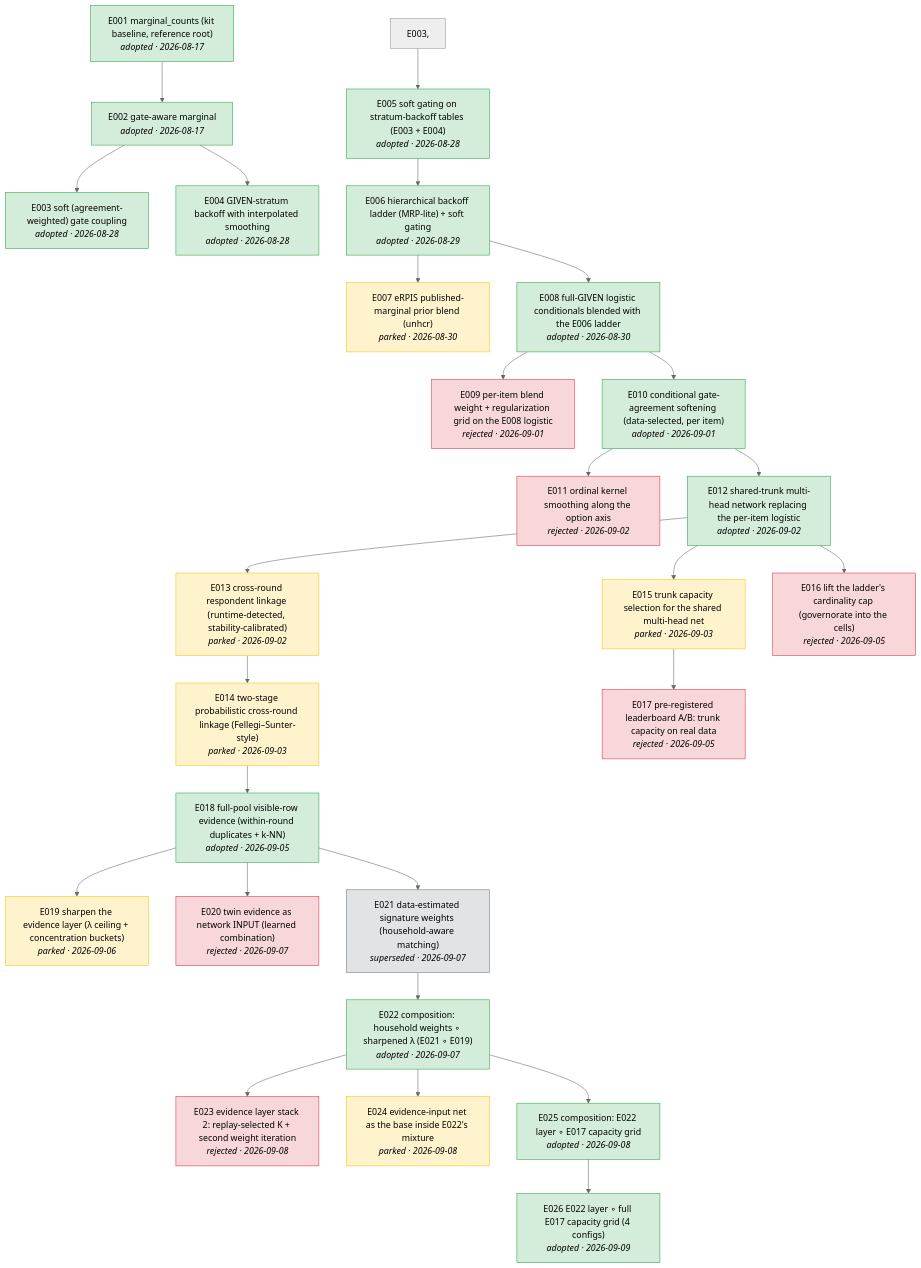
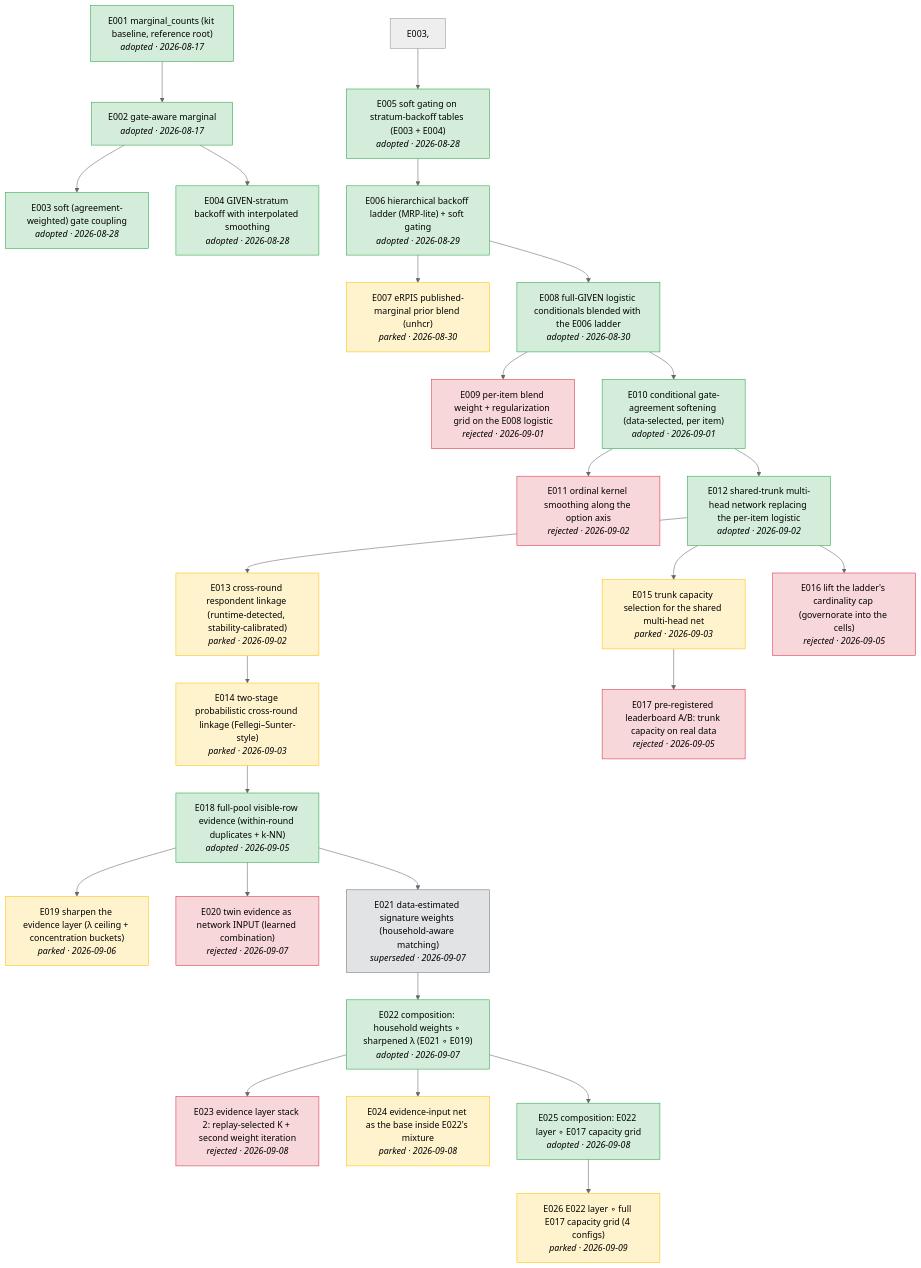
Before and after one commit to joon56/Simulacrabench-NeurIPS-2026-: the diagram in docs/tree.md, drawn with Mermaid (neutral theme). The commit also changed 3 other files, not shown here.

Commit message:
E026: flat at 0.63 (<= E025) — capacity axis complete, parked

````diff
--- a/docs/tree.md
+++ b/docs/tree.md
@@ -5,62 +5,62 @@
 ```mermaid
 flowchart TD
     E001["E001 marginal_counts (kit baseline, reference root)<br/><i>adopted · 2026-08-17</i>"]
     E002["E002 gate-aware marginal<br/><i>adopted · 2026-08-17</i>"]
     E001 --> E002
     E003["E003 soft (agreement-weighted) gate coupling<br/><i>adopted · 2026-08-28</i>"]
     E002 --> E003
     E004["E004 GIVEN-stratum backoff with interpolated smoothing<br/><i>adopted · 2026-08-28</i>"]
     E002 --> E004
     E005["E005 soft gating on stratum-backoff tables (E003 + E004)<br/><i>adopted · 2026-08-28</i>"]
     E003, --> E005
     E006["E006 hierarchical backoff ladder (MRP-lite) + soft gating<br/><i>adopted · 2026-08-29</i>"]
     E005 --> E006
     E007["E007 eRPIS published-marginal prior blend (unhcr)<br/><i>parked · 2026-08-30</i>"]
     E006 --> E007
     E008["E008 full-GIVEN logistic conditionals blended with the E006 ladder<br/><i>adopted · 2026-08-30</i>"]
     E006 --> E008
     E009["E009 per-item blend weight + regularization grid on the E008 logistic<br/><i>rejected · 2026-09-01</i>"]
     E008 --> E009
     E010["E010 conditional gate-agreement softening (data-selected, per item)<br/><i>adopted · 2026-09-01</i>"]
     E008 --> E010
     E011["E011 ordinal kernel smoothing along the option axis<br/><i>rejected · 2026-09-02</i>"]
     E010 --> E011
     E012["E012 shared-trunk multi-head network replacing the per-item logistic<br/><i>adopted · 2026-09-02</i>"]
     E010 --> E012
     E013["E013 cross-round respondent linkage (runtime-detected, stability-calibrated)<br/><i>parked · 2026-09-02</i>"]
     E012 --> E013
     E014["E014 two-stage probabilistic cross-round linkage (Fellegi–Sunter-style)<br/><i>parked · 2026-09-03</i>"]
     E013 --> E014
     E015["E015 trunk capacity selection for the shared multi-head net<br/><i>parked · 2026-09-03</i>"]
     E012 --> E015
     E016["E016 lift the ladder's cardinality cap (governorate into the cells)<br/><i>rejected · 2026-09-05</i>"]
     E012 --> E016
     E017["E017 pre-registered leaderboard A/B: trunk capacity on real data<br/><i>rejected · 2026-09-05</i>"]
     E015 --> E017
     E018["E018 full-pool visible-row evidence (within-round duplicates + k-NN)<br/><i>adopted · 2026-09-05</i>"]
     E014 --> E018
     E019["E019 sharpen the evidence layer (λ ceiling + concentration buckets)<br/><i>parked · 2026-09-06</i>"]
     E018 --> E019
     E020["E020 twin evidence as network INPUT (learned combination)<br/><i>rejected · 2026-09-07</i>"]
     E018 --> E020
     E021["E021 data-estimated signature weights (household-aware matching)<br/><i>superseded · 2026-09-07</i>"]
     E018 --> E021
     E022["E022 composition: household weights ∘ sharpened λ (E021 ∘ E019)<br/><i>adopted · 2026-09-07</i>"]
     E021 --> E022
     E023["E023 evidence layer stack 2: replay-selected K + second weight iteration<br/><i>rejected · 2026-09-08</i>"]
     E022 --> E023
     E024["E024 evidence-input net as the base inside E022's mixture<br/><i>parked · 2026-09-08</i>"]
     E022 --> E024
     E025["E025 composition: E022 layer ∘ E017 capacity grid<br/><i>adopted · 2026-09-08</i>"]
     E022 --> E025
-    E026["E026 E022 layer ∘ full E017 capacity grid (4 configs)<br/><i>adopted · 2026-09-09</i>"]
+    E026["E026 E022 layer ∘ full E017 capacity grid (4 configs)<br/><i>parked · 2026-09-09</i>"]
     E025 --> E026
     classDef adopted fill:#d4edda,stroke:#28a745
-    class E001,E002,E003,E004,E005,E006,E008,E010,E012,E018,E022,E025,E026 adopted
+    class E001,E002,E003,E004,E005,E006,E008,E010,E012,E018,E022,E025 adopted
     classDef rejected fill:#f8d7da,stroke:#dc3545
     class E009,E011,E016,E017,E020,E023 rejected
     classDef parked fill:#fff3cd,stroke:#ffc107
-    class E007,E013,E014,E015,E019,E024 parked
+    class E007,E013,E014,E015,E019,E024,E026 parked
     classDef superseded fill:#e2e3e5,stroke:#6c757d
     class E021 superseded
 ```
````
